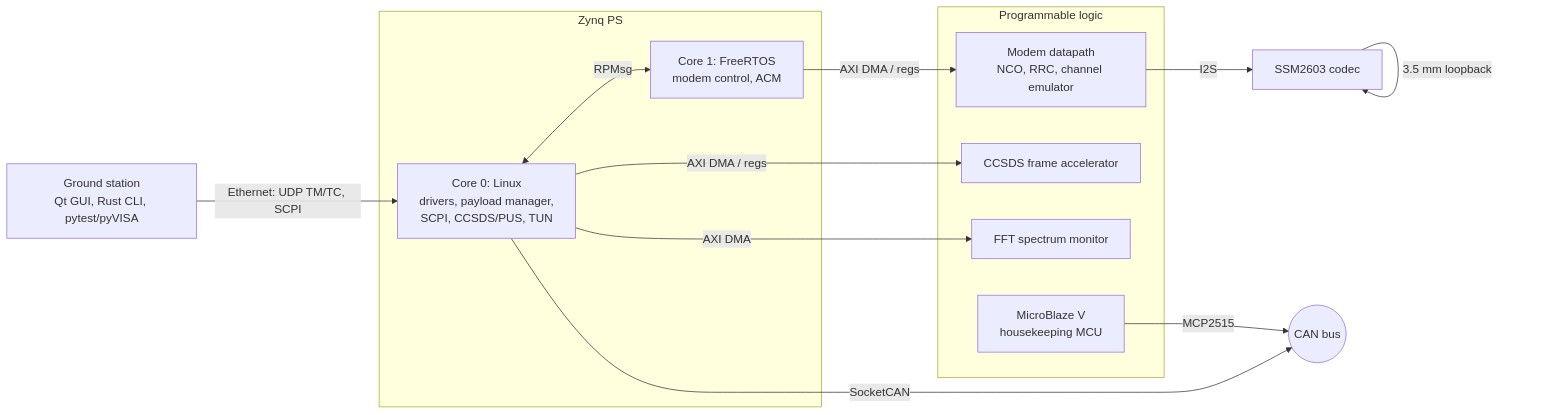
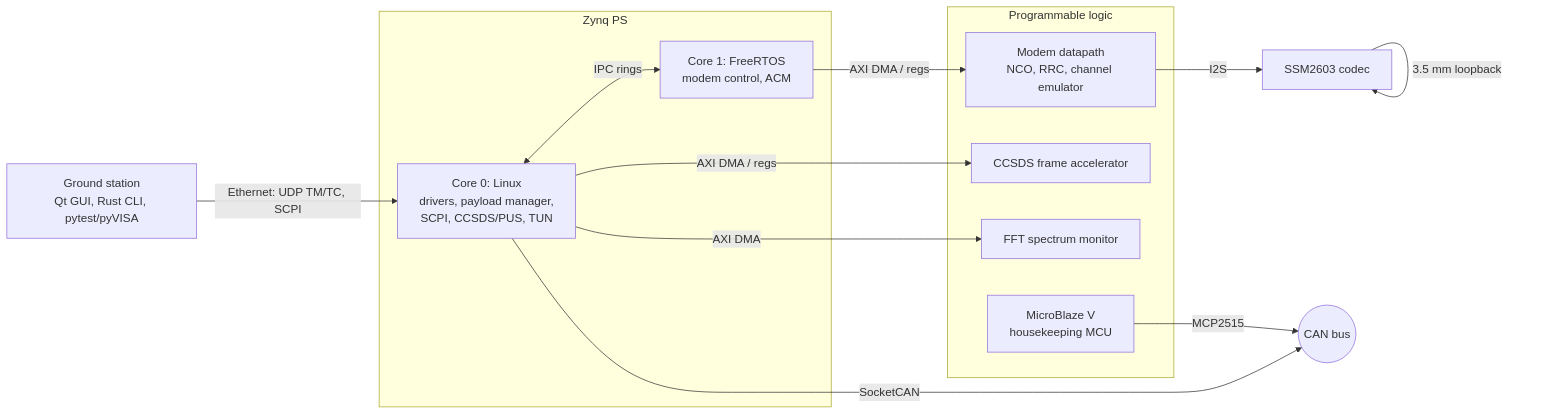
One commit to Asvasist/satlink-z7 changed the diagram in README.md. Above: the diagram before and after it, drawn with Mermaid. The commit also changed other lines of this file and 107 other files, not shown here.

````diff
--- a/README.md
+++ b/README.md
@@ -46,22 +46,22 @@
 ```mermaid
 flowchart LR
     subgraph PS["Zynq PS"]
         L["Core 0: Linux<br/>drivers, payload manager,<br/>SCPI, CCSDS/PUS, TUN"]
         R["Core 1: FreeRTOS<br/>modem control, ACM"]
-        L <-- "RPMsg" --> R
+        L <-- "IPC rings" --> R
     end
     subgraph PL["Programmable logic"]
         M["Modem datapath<br/>NCO, RRC, channel emulator"]
         F["CCSDS frame accelerator"]
         S["FFT spectrum monitor"]
         H["MicroBlaze V<br/>housekeeping MCU"]
     end
     R -- "AXI DMA / regs" --> M
     L -- "AXI DMA / regs" --> F
     L -- "AXI DMA" --> S
     M -- "I2S" --> C["SSM2603 codec"]
     C -- "3.5 mm loopback" --> C
     L -- "SocketCAN" --> CAN(("CAN bus"))
     H -- "MCP2515" --> CAN
     G["Ground station<br/>Qt GUI, Rust CLI, pytest/pyVISA"] -- "Ethernet: UDP TM/TC, SCPI" --> L
 ```
````
